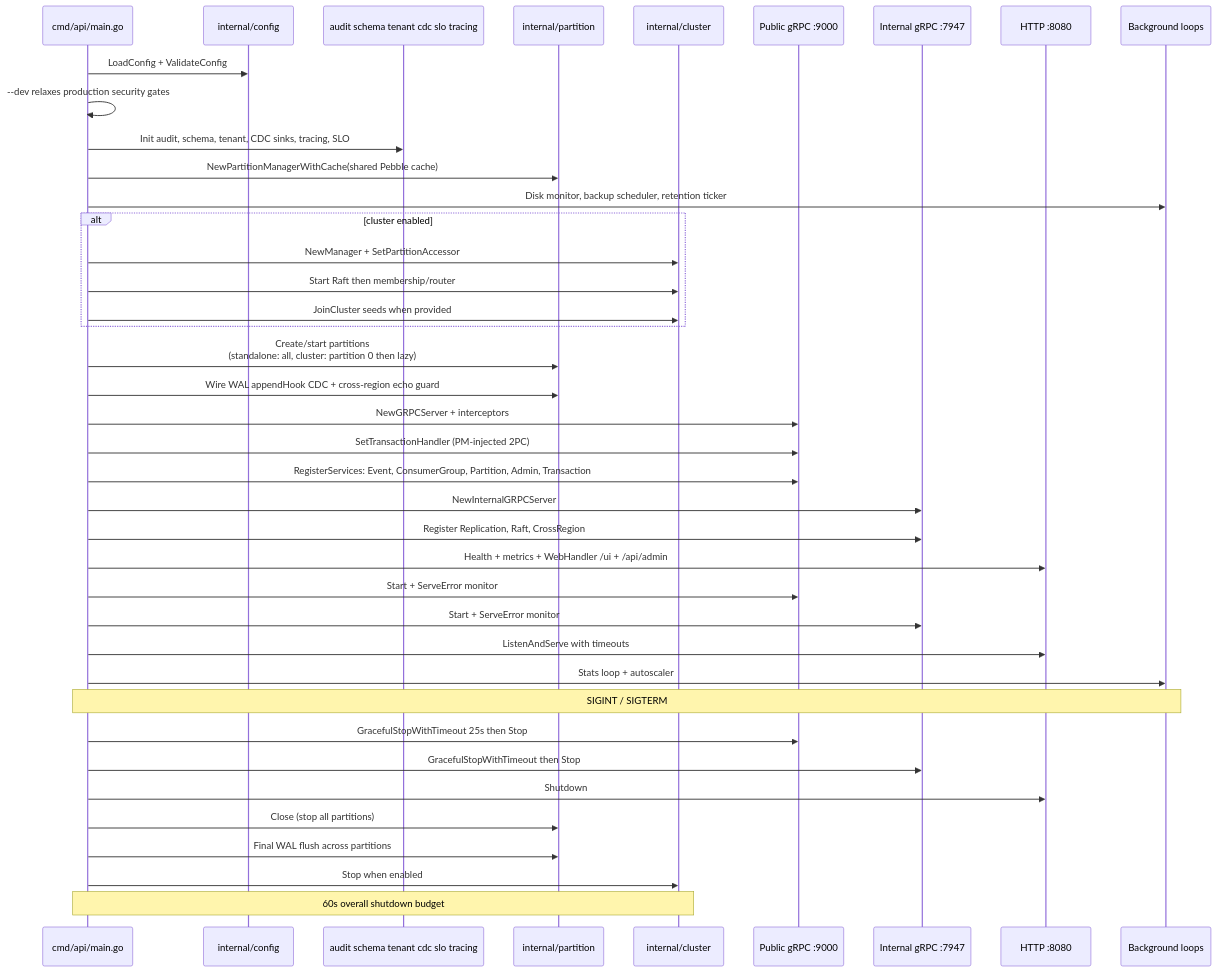
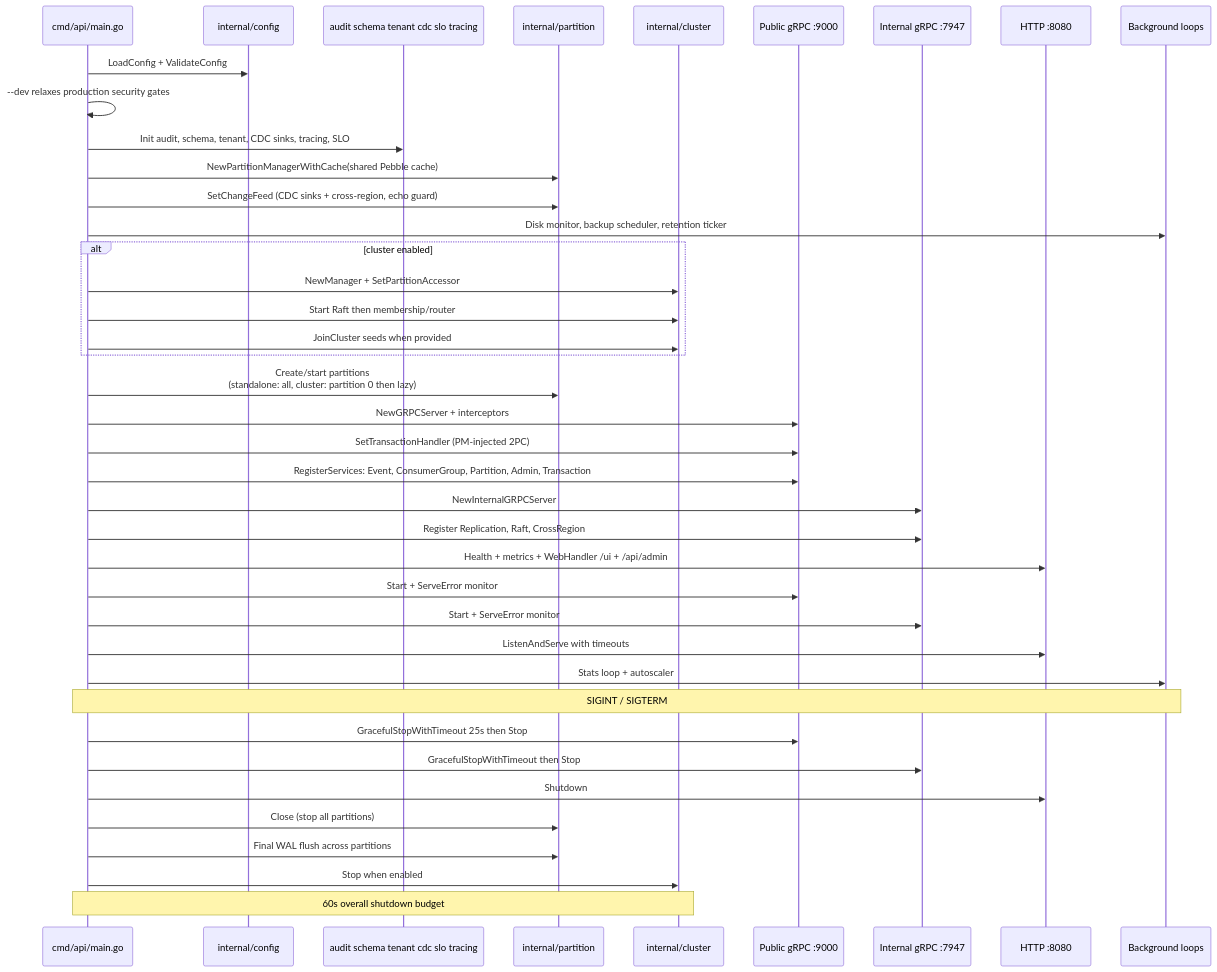
The first of 7 diagrams in docs/DEVELOPER_ARCHITECTURE_GUIDE.md (jatin711-debug/cronos_db_golang), drawn with Mermaid before and after one commit. The commit also changed other lines of this file and 13 other files, not shown here.

````diff
--- a/docs/DEVELOPER_ARCHITECTURE_GUIDE.md
+++ b/docs/DEVELOPER_ARCHITECTURE_GUIDE.md
@@ -89,43 +89,43 @@
 ```mermaid
 sequenceDiagram
     participant Main as cmd/api/main.go
     participant Config as internal/config
     participant Guard as audit schema tenant cdc slo tracing
     participant PM as internal/partition
     participant Cluster as internal/cluster
     participant Pub as Public gRPC :9000
     participant Int as Internal gRPC :7947
     participant HTTP as HTTP :8080
     participant BG as Background loops
 
     Main->>Config: LoadConfig + ValidateConfig
     Main->>Main: --dev relaxes production security gates
     Main->>Guard: Init audit, schema, tenant, CDC sinks, tracing, SLO
     Main->>PM: NewPartitionManagerWithCache(shared Pebble cache)
+    Main->>PM: SetChangeFeed (CDC sinks + cross-region, echo guard)
     Main->>BG: Disk monitor, backup scheduler, retention ticker
     alt cluster enabled
         Main->>Cluster: NewManager + SetPartitionAccessor
         Main->>Cluster: Start Raft then membership/router
         Main->>Cluster: JoinCluster seeds when provided
     end
     Main->>PM: Create/start partitions<br/>(standalone: all, cluster: partition 0 then lazy)
-    Main->>PM: Wire WAL appendHook CDC + cross-region echo guard
     Main->>Pub: NewGRPCServer + interceptors
     Main->>Pub: SetTransactionHandler (PM-injected 2PC)
     Main->>Pub: RegisterServices: Event, ConsumerGroup, Partition, Admin, Transaction
     Main->>Int: NewInternalGRPCServer
     Main->>Int: Register Replication, Raft, CrossRegion
     Main->>HTTP: Health + metrics + WebHandler /ui + /api/admin
     Main->>Pub: Start + ServeError monitor
     Main->>Int: Start + ServeError monitor
     Main->>HTTP: ListenAndServe with timeouts
     Main->>BG: Stats loop + autoscaler
     Note over Main,BG: SIGINT / SIGTERM
     Main->>Pub: GracefulStopWithTimeout 25s then Stop
     Main->>Int: GracefulStopWithTimeout then Stop
     Main->>HTTP: Shutdown
     Main->>PM: Close (stop all partitions)
     Main->>PM: Final WAL flush across partitions
     Main->>Cluster: Stop when enabled
     Note over Main,Cluster: 60s overall shutdown budget
 ```
````
